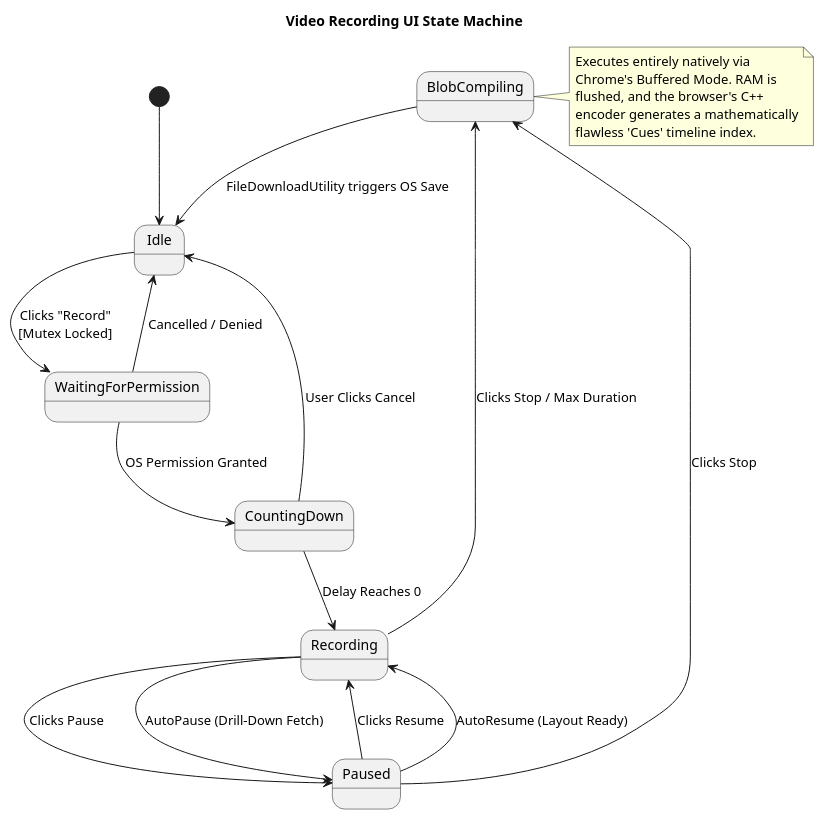
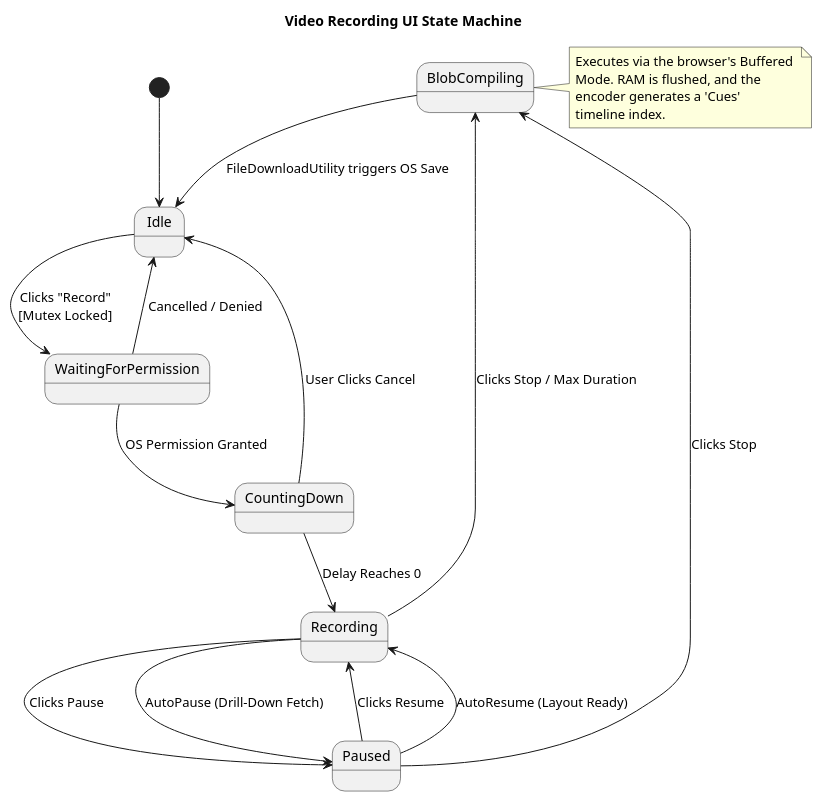
One commit to SiliconStreetDev1/abap-vdm-cds-diagram-ui changed the diagram in design/video_state_machine.puml. Above: the diagram before and after it, drawn with PlantUML. The commit also changed 15 other files, not shown here.

```diff
--- a/design/video_state_machine.puml
+++ b/design/video_state_machine.puml
@@ -1,35 +1,34 @@
 @startuml
 title Video Recording UI State Machine
 
 skinparam handwritten false
 
 [*] --> Idle
 
 Idle --> WaitingForPermission : Clicks "Record"\n[Mutex Locked]
 
 WaitingForPermission --> CountingDown : OS Permission Granted
 WaitingForPermission --> Idle : Cancelled / Denied
 
 CountingDown --> Recording : Delay Reaches 0
 CountingDown --> Idle : User Clicks Cancel
 
 Recording --> Paused : Clicks Pause
 Recording --> Paused : AutoPause (Drill-Down Fetch)
 
 Paused --> Recording : Clicks Resume
 Paused --> Recording : AutoResume (Layout Ready)
 
 Recording --> BlobCompiling : Clicks Stop / Max Duration
 Paused --> BlobCompiling : Clicks Stop
 
 BlobCompiling --> Idle : FileDownloadUtility triggers OS Save
 
 note right of BlobCompiling
-  Executes entirely natively via 
-  Chrome's Buffered Mode. RAM is
-  flushed, and the browser's C++
-  encoder generates a mathematically
-  flawless 'Cues' timeline index.
+  Executes via the browser's Buffered 
+  Mode. RAM is flushed, and the 
+  encoder generates a 'Cues' 
+  timeline index.
 end note
 
 @enduml
```
